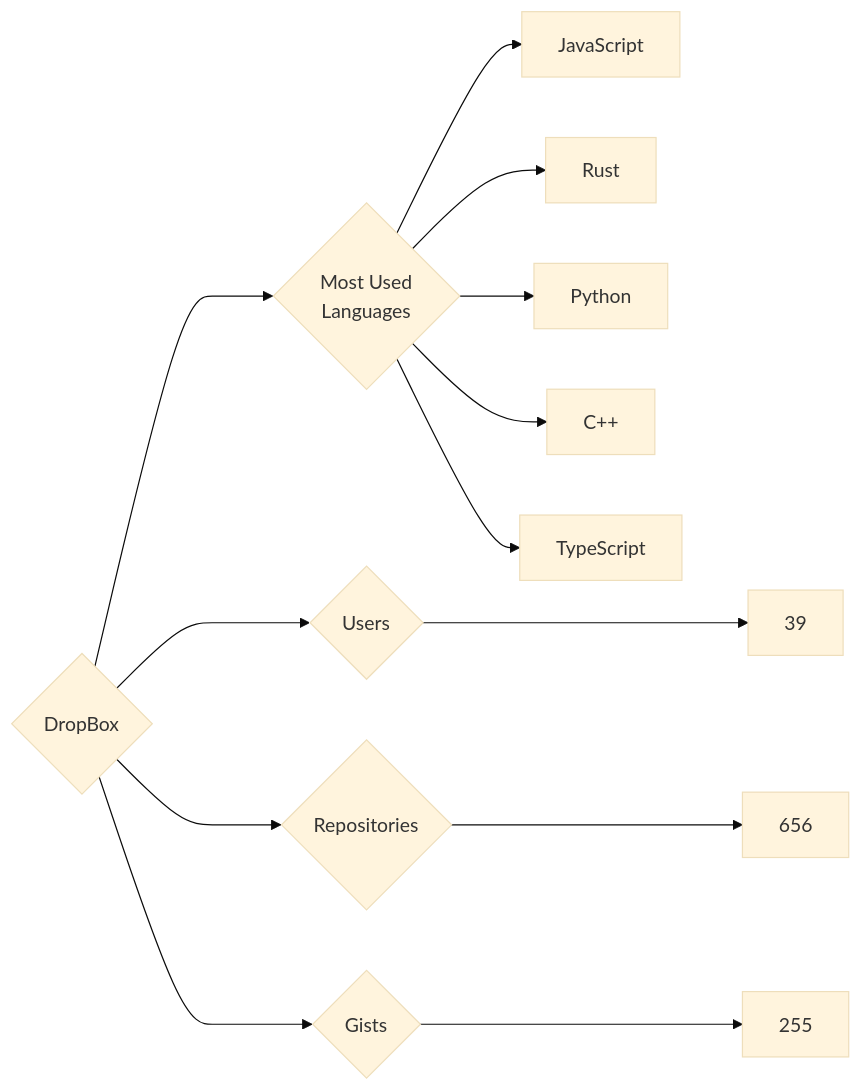
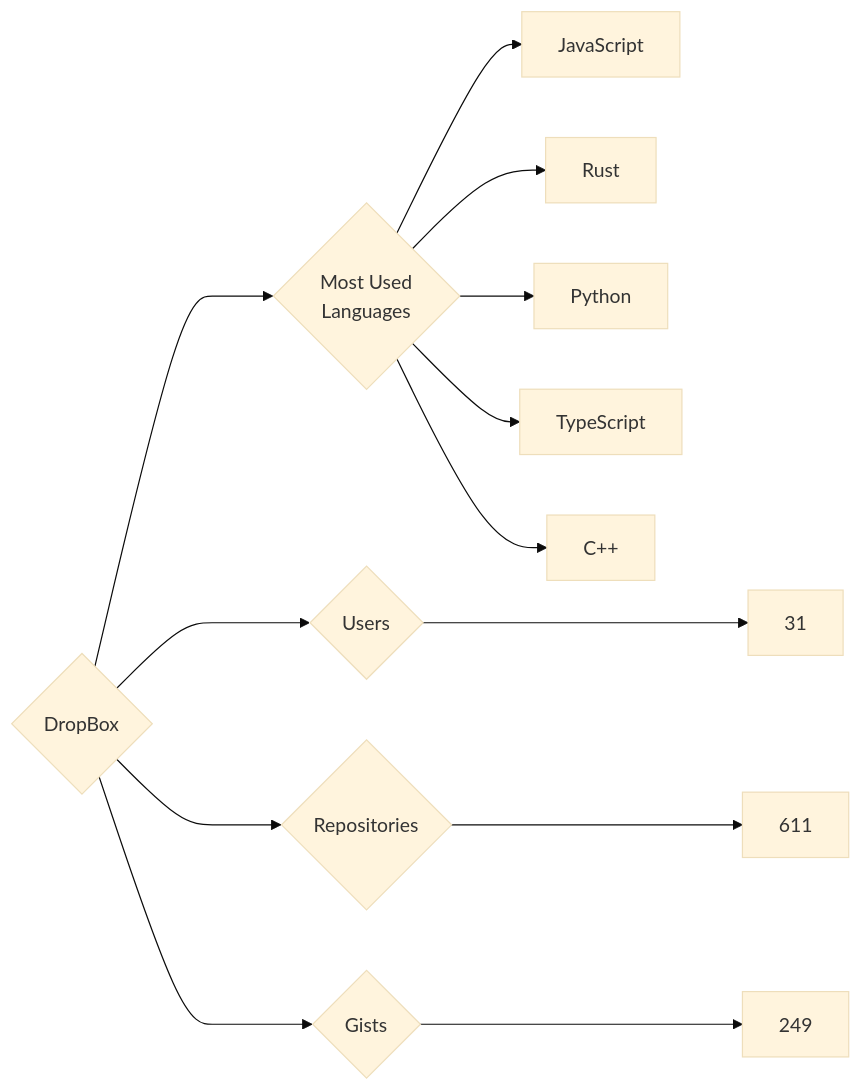
One commit to trickest/insiders changed the diagram in targets/DropBox/README.md. Above: the diagram before and after it, drawn with Mermaid (base theme). The commit also changed 860 other files, not shown here.

````diff
--- a/targets/DropBox/README.md
+++ b/targets/DropBox/README.md
@@ -3,13 +3,13 @@
 ```mermaid
 graph LR
 COMPANY_NAME{DropBox}
-COMPANY_NAME ---> U{Users} ---> UN[39]
-COMPANY_NAME ---> R{Repositories} ---> RN[656]
-COMPANY_NAME ---> G{Gists} ---> GN[255]
+COMPANY_NAME ---> U{Users} ---> UN[31]
+COMPANY_NAME ---> R{Repositories} ---> RN[611]
+COMPANY_NAME ---> G{Gists} ---> GN[249]
 COMPANY_NAME ---> ML{Most Used<br>Languages}
 ML --> JavaScript[JavaScript]
 ML --> Rust[Rust]
 ML --> Python[Python]
+ML --> TypeScript[TypeScript]
 ML --> C++[C++]
-ML --> TypeScript[TypeScript]
 ```
````
